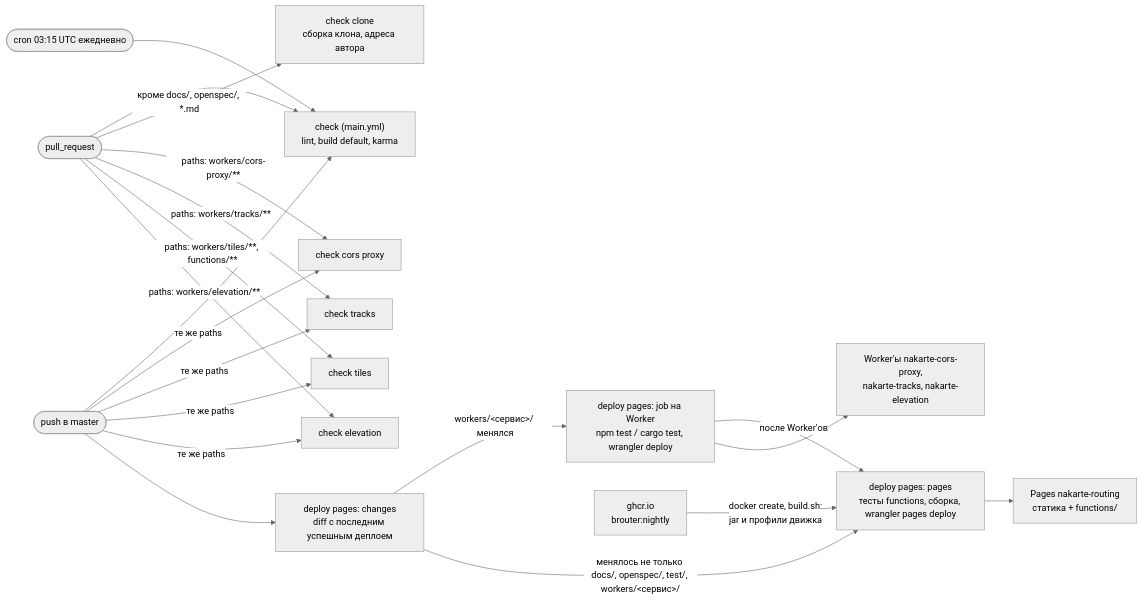
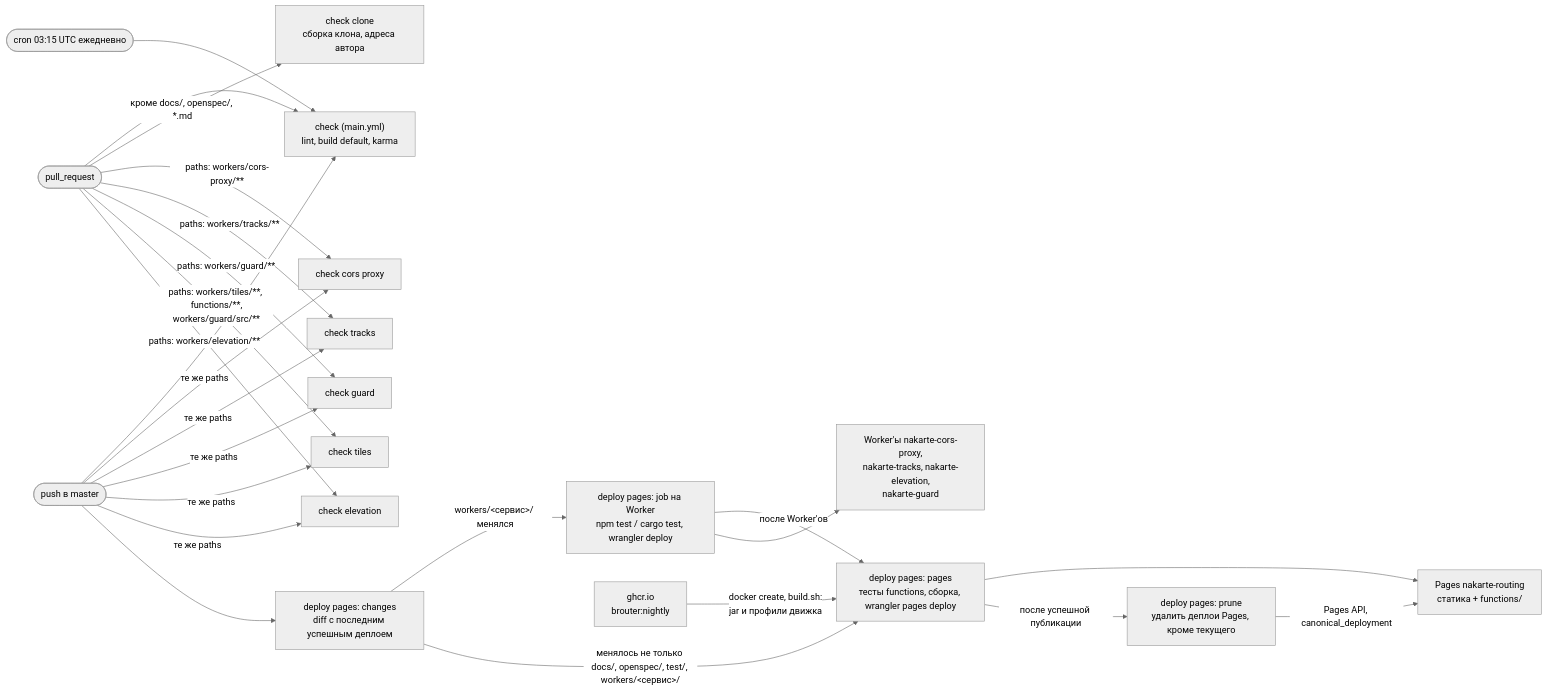
The first of 2 diagrams in docs/architecture/ci-cd.md (sergeycw/nakarte), drawn with Mermaid (neutral theme) before and after one commit. The commit also changed other lines of this file and 2 other files, not shown here.

Commit message:
document the pages limiter and pruning of old deployments
- containers and links: nakarte-guard behind the GUARD service
  binding, middleware of both functions
- protection: pages functions limit 1200 per ip, version urls and
  old pages deployments closed, open threats point to the audit
- ci-cd: check guard, guard and prune jobs, rollback by revert
- readme also drops POST from the proxy arrow, stale since
  restrict-cors-proxy

````diff
--- a/docs/architecture/ci-cd.md
+++ b/docs/architecture/ci-cd.md
@@ -9,37 +9,42 @@
 ```mermaid
 flowchart LR
     pr(["pull_request"])
     push(["push в master"])
     cron1(["cron 03:15 UTC ежедневно"])
 
     check["check (main.yml)<br/>lint, build default, karma"]
     cclone["check clone<br/>сборка клона, адреса автора"]
     cproxy["check cors proxy"]
     ctracks["check tracks"]
+    cguard["check guard"]
     ctiles["check tiles"]
     celev["check elevation"]
     changes["deploy pages: changes<br/>diff с последним успешным деплоем"]
     djobs["deploy pages: job на Worker<br/>npm test / cargo test, wrangler deploy"]
     dpages["deploy pages: pages<br/>тесты functions, сборка, wrangler pages deploy"]
 
     ghcr["ghcr.io<br/>brouter:nightly"]
     pages["Pages nakarte-routing<br/>статика + functions/"]
-    workers["Worker'ы nakarte-cors-proxy,<br/>nakarte-tracks, nakarte-elevation"]
+    workers["Worker'ы nakarte-cors-proxy,<br/>nakarte-tracks, nakarte-elevation,<br/>nakarte-guard"]
+    prune["deploy pages: prune<br/>удалить деплои Pages, кроме текущего"]
 
     pr --> check
     push --> check
     cron1 --> check
     pr -->|"кроме docs/, openspec/, *.md"| cclone
     pr -->|"paths: workers/cors-proxy/**"| cproxy
     pr -->|"paths: workers/tracks/**"| ctracks
-    pr -->|"paths: workers/tiles/**, functions/**"| ctiles
+    pr -->|"paths: workers/guard/**"| cguard
+    pr -->|"paths: workers/tiles/**, functions/**,<br/>workers/guard/src/**"| ctiles
     pr -->|"paths: workers/elevation/**"| celev
-    push -->|"те же paths"| cproxy & ctracks & ctiles & celev
+    push -->|"те же paths"| cproxy & ctracks & cguard & ctiles & celev
     push --> changes
     changes -->|"workers/<сервис>/ менялся"| djobs
     changes -->|"менялось не только docs/, openspec/, test/, workers/<сервис>/"| dpages
     djobs -->|"после Worker'ов"| dpages
     djobs --> workers
     ghcr -->|"docker create, build.sh:<br/>jar и профили движка"| dpages
     dpages --> pages
+    dpages -->|"после успешной публикации"| prune
+    prune -->|"Pages API, canonical_deployment"| pages
 ```
````
